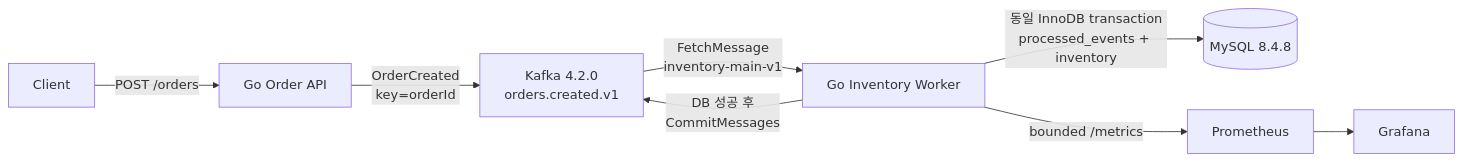
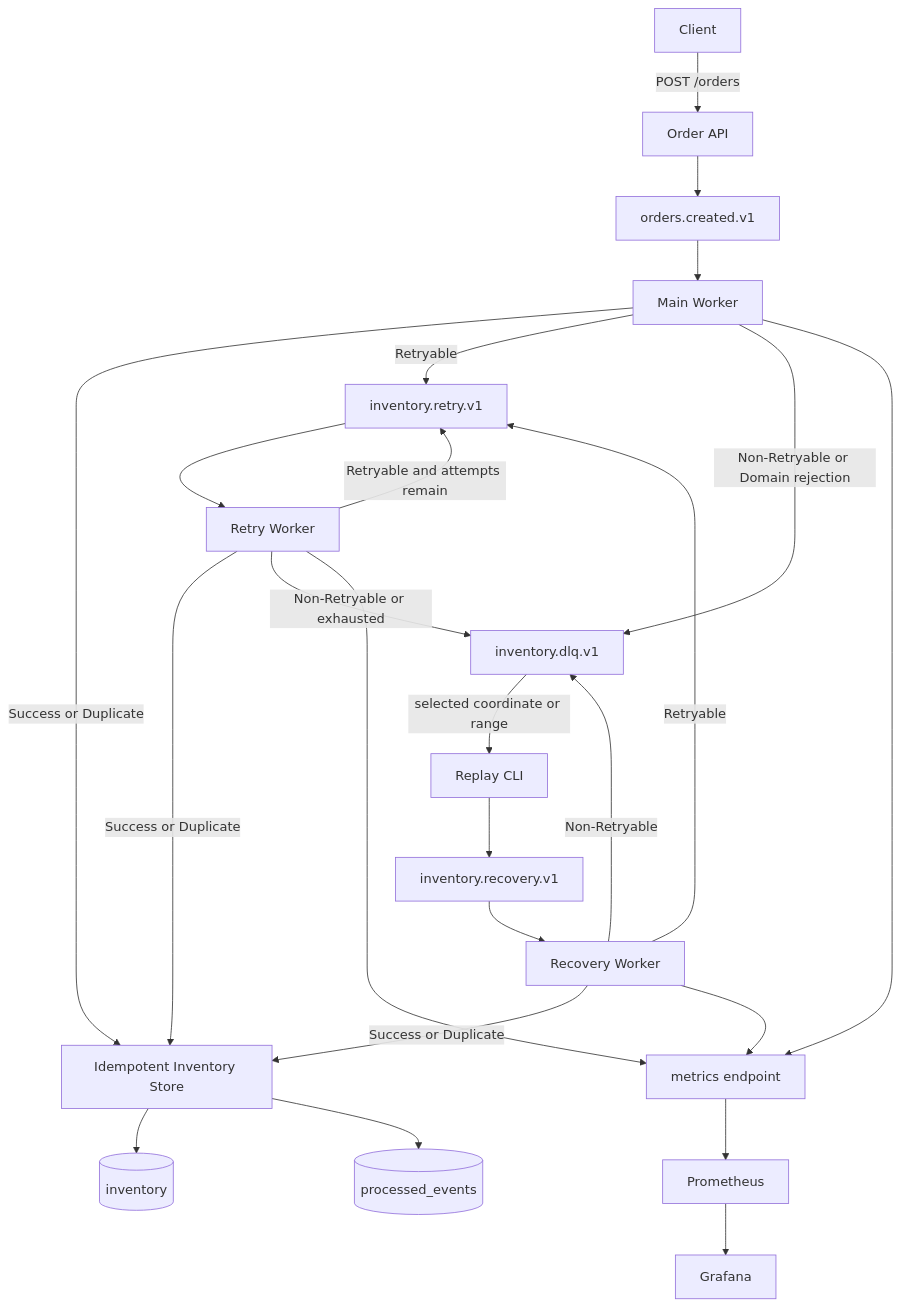
One commit to whxodus0121/kafka-recovery-lab changed the diagram in README.md. Above: the diagram before and after it, drawn with Mermaid. The commit also changed other lines of this file and 12 other files, not shown here.

Commit message:
docs: finalize kafka recovery portfolio

````diff
--- a/README.md
+++ b/README.md
@@ -9,10 +19,31 @@
 ```mermaid
-flowchart LR
-    Client -->|POST /orders| API[Go Order API]
-    API -->|OrderCreated<br/>key=orderId| Kafka[Kafka 4.2.0<br/>orders.created.v1]
-    Kafka -->|FetchMessage<br/>inventory-main-v1| Worker[Go Inventory Worker]
-    Worker -->|동일 InnoDB transaction<br/>processed_events + inventory| MySQL[(MySQL 8.4.8)]
-    Worker -->|DB 성공 후<br/>CommitMessages| Kafka
-    Worker -->|bounded /metrics| Prometheus
-    Prometheus --> Grafana
+flowchart TD
+    Client[Client] -->|POST /orders| API[Order API]
+    API --> Orders[orders.created.v1]
+    Orders --> Main[Main Worker]
+
+    Main -->|Success or Duplicate| Store[Idempotent Inventory Store]
+    Main -->|Retryable| RetryTopic[inventory.retry.v1]
+    Main -->|Non-Retryable or Domain rejection| DLQ[inventory.dlq.v1]
+
+    RetryTopic --> Retry[Retry Worker]
+    Retry -->|Success or Duplicate| Store
+    Retry -->|Retryable and attempts remain| RetryTopic
+    Retry -->|Non-Retryable or exhausted| DLQ
+
+    DLQ -->|selected coordinate or range| Replay[Replay CLI]
+    Replay --> RecoveryTopic[inventory.recovery.v1]
+    RecoveryTopic --> Recovery[Recovery Worker]
+    Recovery -->|Success or Duplicate| Store
+    Recovery -->|Retryable| RetryTopic
+    Recovery -->|Non-Retryable| DLQ
+
+    Store --> Inventory[(inventory)]
+    Store --> Processed[(processed_events)]
+
+    Main --> Metrics[metrics endpoint]
+    Retry --> Metrics
+    Recovery --> Metrics
+    Metrics --> Prometheus[Prometheus]
+    Prometheus --> Grafana[Grafana]
 ```
````
